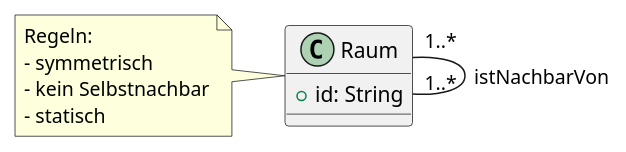
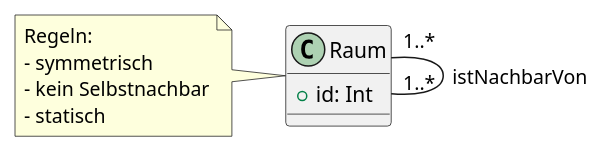
One commit to AnnaLiviaMartin/rs-smart-home changed the diagram in docs/diagrams/allergroebstes-modell.plantuml. Above: the diagram before and after it, drawn with PlantUML. The commit also changed 1 other file, not shown here.

Commit message:
fix: uml id und Präsentationszeit

```diff
--- a/docs/diagrams/allergroebstes-modell.plantuml
+++ b/docs/diagrams/allergroebstes-modell.plantuml
@@ -1,14 +1,14 @@
 @startuml allergroebstes-modell
 class Raum {
-  +id: String
+  +id: Int
 }
 
 Raum "1..*" -- "1..*" Raum : istNachbarVon
 
 note left of Raum
   Regeln:
   - symmetrisch
   - kein Selbstnachbar
   - statisch
 end note
 @enduml
```
